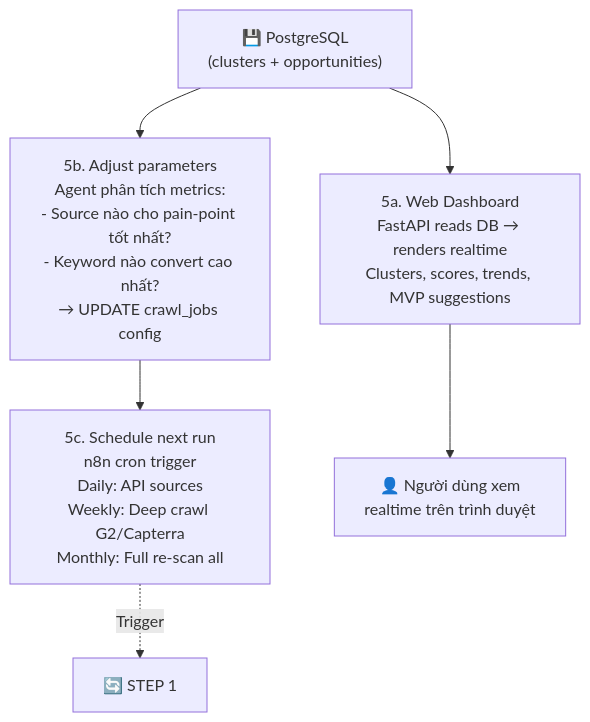
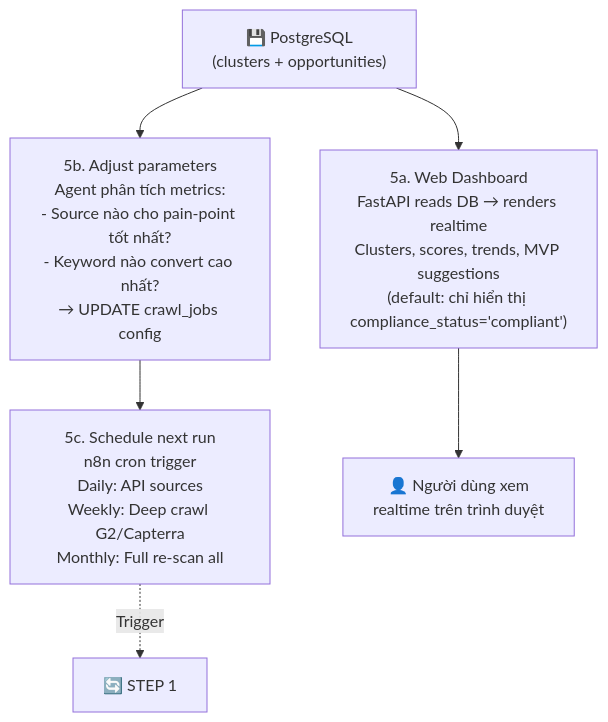
The sixth of 8 diagrams in biz/market_validation_system.md (vanductai/research), drawn with Mermaid before and after one commit. The commit also changed other lines of this file and 3 other files, not shown here.

Commit message:
feat: update market validation system with model routing, compliance checks, and expanded database schema

````diff
--- a/biz/market_validation_system.md
+++ b/biz/market_validation_system.md
@@ -168,14 +175,14 @@
 ```mermaid
 graph TD
     DB["💾 PostgreSQL<br/>(clusters + opportunities)"]
     
-    G1["5a. Web Dashboard<br/>FastAPI reads DB → renders realtime<br/>Clusters, scores, trends, MVP suggestions"]
+    G1["5a. Web Dashboard<br/>FastAPI reads DB → renders realtime<br/>Clusters, scores, trends, MVP suggestions<br/>(default: chỉ hiển thị compliance_status='compliant')"]
     G2["5b. Adjust parameters<br/>Agent phân tích metrics:<br/>- Source nào cho pain-point tốt nhất?<br/>- Keyword nào convert cao nhất?<br/>→ UPDATE crawl_jobs config"]
     G3["5c. Schedule next run<br/>n8n cron trigger<br/>Daily: API sources<br/>Weekly: Deep crawl G2/Capterra<br/>Monthly: Full re-scan all"]
     
     DB --> G1
     DB --> G2
     G2 --> G3
     G3 -.->|"Trigger"| S1["🔄 STEP 1"]
     G1 --> User["👤 Người dùng xem<br/>realtime trên trình duyệt"]
 ```
````
